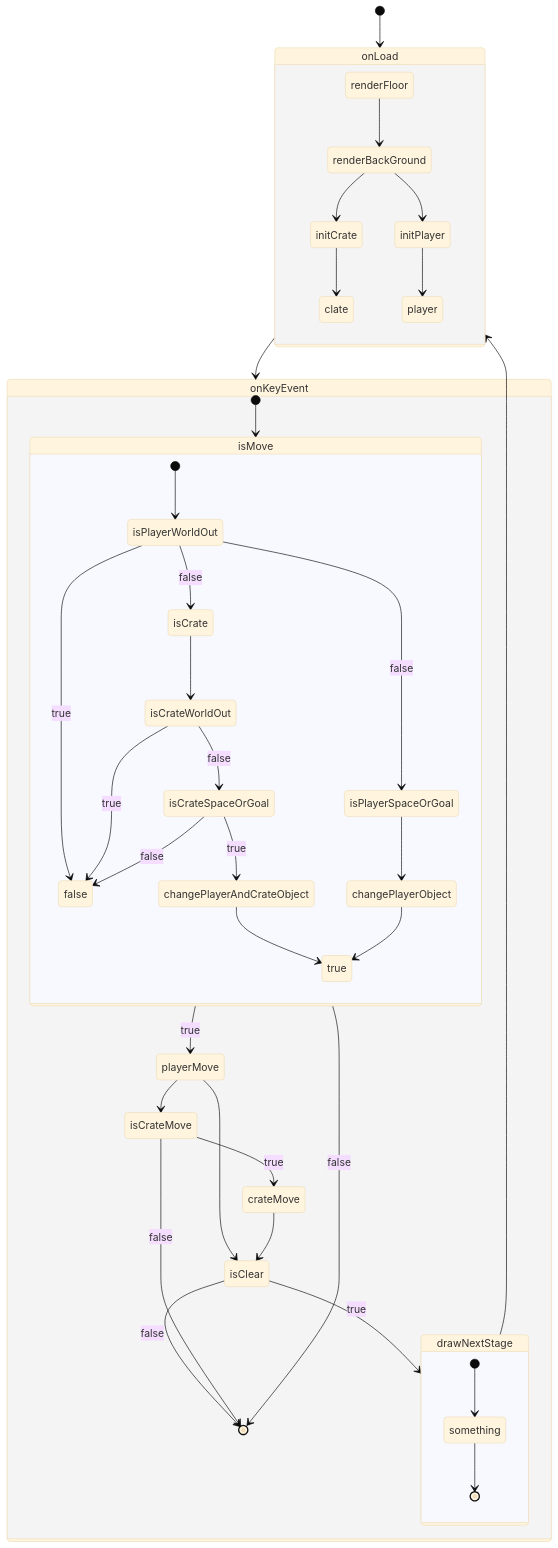
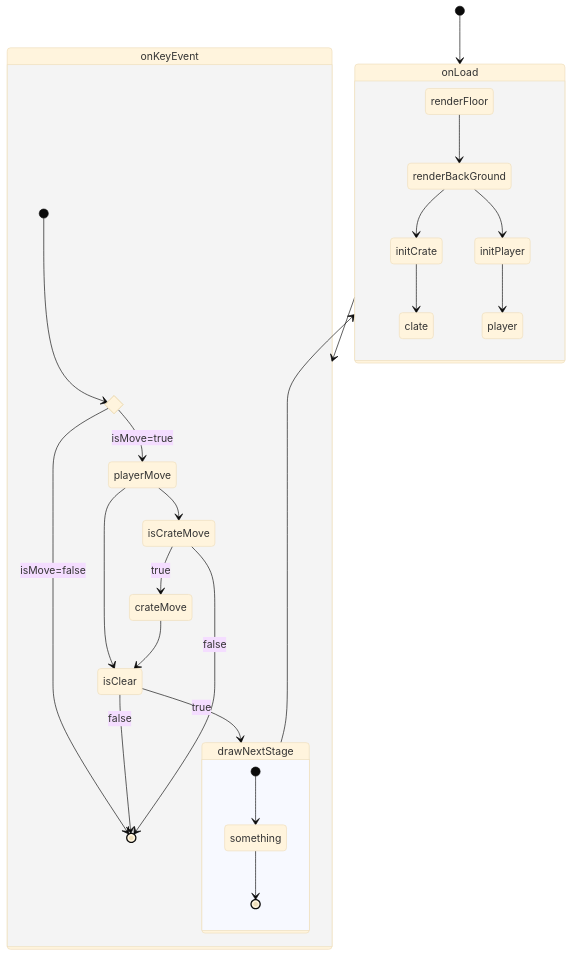
Before and after one commit to goodboop86/push_puzzle: the second of 3 diagrams in README.md, drawn with Mermaid (base theme).

Commit message:
revise mermaid

````diff
--- a/README.md
+++ b/README.md
@@ -111,49 +111,35 @@
 ```mermaid
 stateDiagram-v2
     [*] --> onLoad
     state onLoad {
         renderFloor --> renderBackGround
         renderBackGround --> initPlayer
         renderBackGround --> initCrate
         initCrate --> clate 
         initPlayer --> player
     }
 
     onLoad --> onKeyEvent
     state onKeyEvent {
+        state isMove <<choice>>
         [*] --> isMove
-        state isMove {
-            [*] --> isPlayerWorldOut
-            isPlayerWorldOut --> false: true
-            isPlayerWorldOut --> isPlayerSpaceOrGoal: false
-            isPlayerSpaceOrGoal --> changePlayerObject
-            isPlayerWorldOut --> isCrate: false
-            isCrate --> isCrateWorldOut
-            isCrateWorldOut --> false:true
-            isCrateWorldOut --> isCrateSpaceOrGoal:false
-            isCrateSpaceOrGoal --> changePlayerAndCrateObject: true
-            isCrateSpaceOrGoal --> false:false
-            changePlayerAndCrateObject --> true
-            changePlayerObject --> true
-        }
-
-        isMove --> playerMove: true
-        isMove --> [*]: false
+        isMove --> playerMove: isMove=true
+        isMove --> [*]: isMove=false
         playerMove --> isCrateMove
         playerMove --> isClear
         isCrateMove --> crateMove: true
         crateMove --> isClear
         isClear --> drawNextStage: true
         isClear --> [*]: false
         isCrateMove --> [*]: false
 
         state drawNextStage {
             [*] --> something
             something --> [*] 
         }
 
         
     }
     drawNextStage --> onLoad
 
 ```
````
